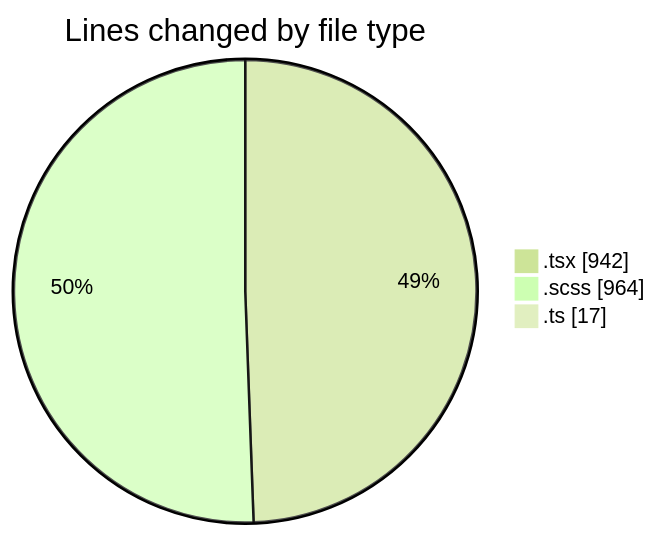
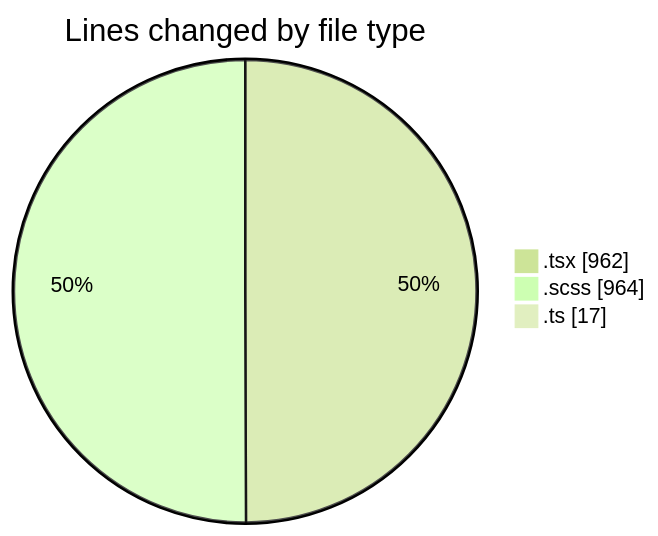
One commit to momahboobian/code-tracking changed the first of 2 diagrams in 2025-09-19/cda/README.md. Above: the diagram before and after it, drawn with Mermaid (forest theme). The commit also changed other lines of this file and 1 other file, not shown here.

````diff
--- a/2025-09-19/cda/README.md
+++ b/2025-09-19/cda/README.md
@@ -25,7 +25,7 @@
 ```mermaid
 pie showData
 title Lines changed by file type
-".tsx" : 942
+".tsx" : 962
 ".scss" : 964
 ".ts" : 17
 ```
````
